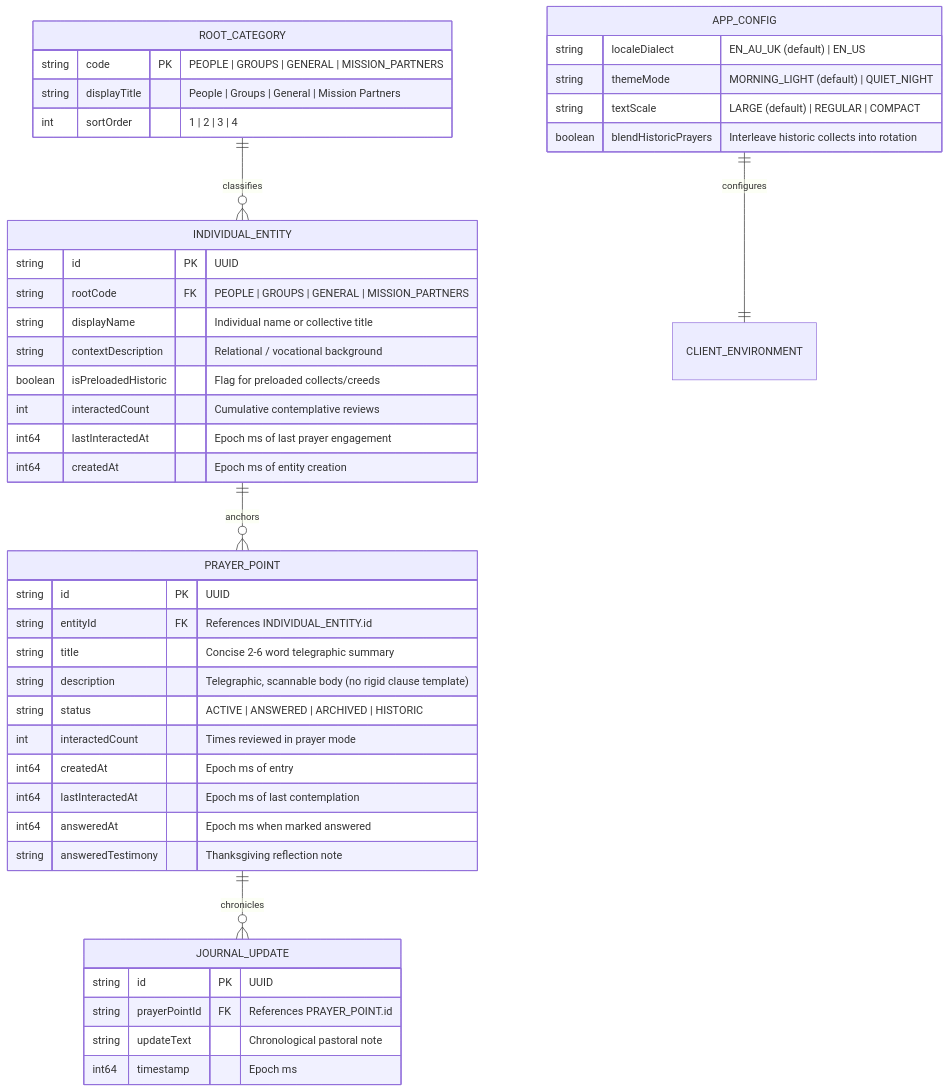
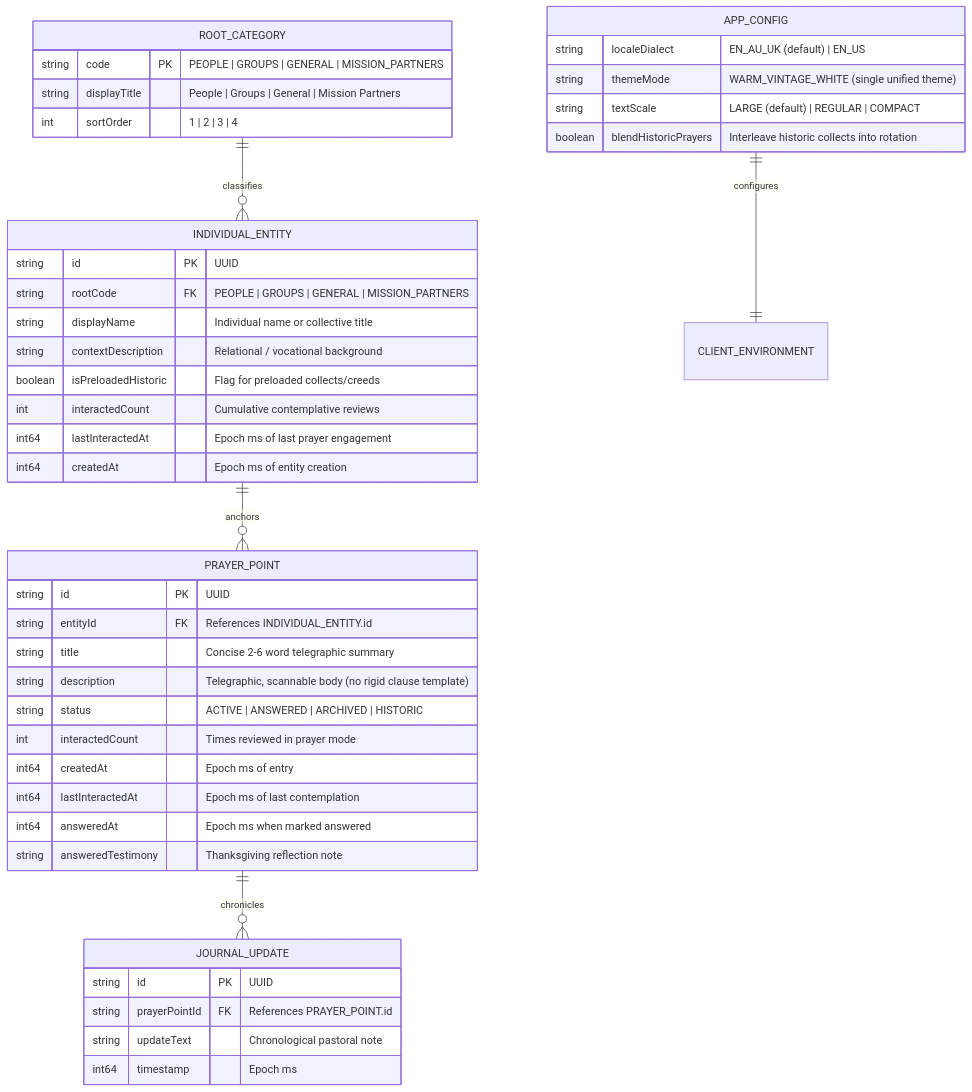
One commit to iamenianc/Prayer changed the second of 9 diagrams in planning/codebase_knowledge_graph.md. Above: the diagram before and after it, drawn with Mermaid. The commit also changed other lines of this file and 2 other files, not shown here.

Commit message:
Update planning docs: BRD, technical, knowledge graph

````diff
--- a/planning/codebase_knowledge_graph.md
+++ b/planning/codebase_knowledge_graph.md
@@ -79,51 +79,51 @@
 ```mermaid
 erDiagram
     ROOT_CATEGORY ||--o{ INDIVIDUAL_ENTITY : "classifies"
     INDIVIDUAL_ENTITY ||--o{ PRAYER_POINT : "anchors"
     PRAYER_POINT ||--o{ JOURNAL_UPDATE : "chronicles"
     APP_CONFIG ||--|| CLIENT_ENVIRONMENT : "configures"
 
     ROOT_CATEGORY {
         string code PK "PEOPLE | GROUPS | GENERAL | MISSION_PARTNERS"
         string displayTitle "People | Groups | General | Mission Partners"
         int sortOrder "1 | 2 | 3 | 4"
     }
 
     INDIVIDUAL_ENTITY {
         string id PK "UUID"
         string rootCode FK "PEOPLE | GROUPS | GENERAL | MISSION_PARTNERS"
         string displayName "Individual name or collective title"
         string contextDescription "Relational / vocational background"
         boolean isPreloadedHistoric "Flag for preloaded collects/creeds"
         int interactedCount "Cumulative contemplative reviews"
         int64 lastInteractedAt "Epoch ms of last prayer engagement"
         int64 createdAt "Epoch ms of entity creation"
     }
 
     PRAYER_POINT {
         string id PK "UUID"
         string entityId FK "References INDIVIDUAL_ENTITY.id"
         string title "Concise 2-6 word telegraphic summary"
         string description "Telegraphic, scannable body (no rigid clause template)"
         string status "ACTIVE | ANSWERED | ARCHIVED | HISTORIC"
         int interactedCount "Times reviewed in prayer mode"
         int64 createdAt "Epoch ms of entry"
         int64 lastInteractedAt "Epoch ms of last contemplation"
         int64 answeredAt "Epoch ms when marked answered"
         string answeredTestimony "Thanksgiving reflection note"
     }
 
     JOURNAL_UPDATE {
         string id PK "UUID"
         string prayerPointId FK "References PRAYER_POINT.id"
         string updateText "Chronological pastoral note"
         int64 timestamp "Epoch ms"
     }
 
     APP_CONFIG {
         string localeDialect "EN_AU_UK (default) | EN_US"
-        string themeMode "MORNING_LIGHT (default) | QUIET_NIGHT"
+        string themeMode "WARM_VINTAGE_WHITE (single unified theme)"
         string textScale "LARGE (default) | REGULAR | COMPACT"
         boolean blendHistoricPrayers "Interleave historic collects into rotation"
     }
 ```
````
